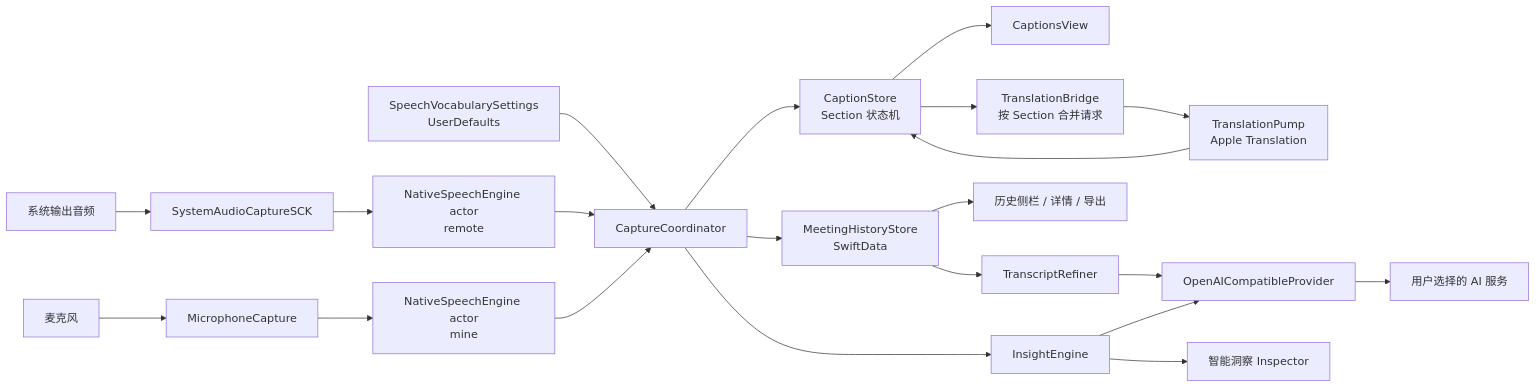
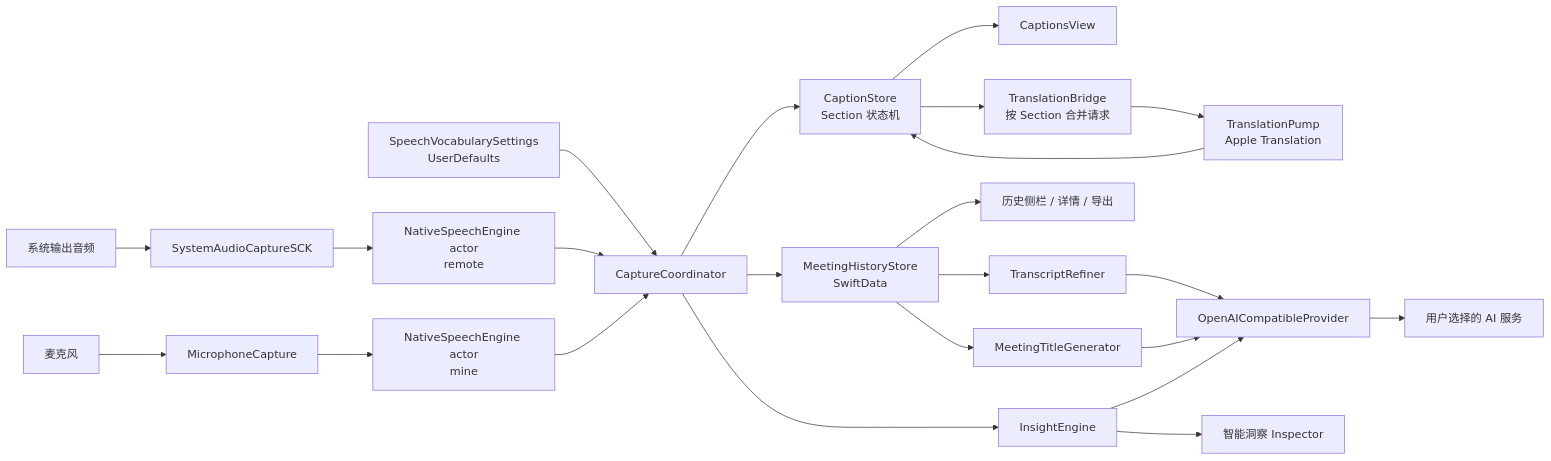
Before and after one commit to zjhch123/SameWave: the diagram in doc/01-项目全景与架构.md, drawn with Mermaid. The commit also changed other lines of this file and 25 other files, not shown here.

Commit message:
Add strict AI schemas and generated meeting titles

````diff
--- a/doc/01-项目全景与架构.md
+++ b/doc/01-项目全景与架构.md
@@ -50,23 +50,25 @@
 ```mermaid
 flowchart LR
     SYS[系统输出音频] --> SCK[SystemAudioCaptureSCK]
     MIC[麦克风] --> MC[MicrophoneCapture]
     VS[SpeechVocabularySettings\nUserDefaults] --> CO
     SCK --> ASR1[NativeSpeechEngine actor\nremote]
     MC --> ASR2[NativeSpeechEngine actor\nmine]
     ASR1 --> CO[CaptureCoordinator]
     ASR2 --> CO
     CO --> CS[CaptionStore\nSection 状态机]
     CS --> CV[CaptionsView]
     CS --> TB[TranslationBridge\n按 Section 合并请求]
     TB --> TP[TranslationPump\nApple Translation]
     TP --> CS
     CO --> HS[MeetingHistoryStore\nSwiftData]
     HS --> SIDE[历史侧栏 / 详情 / 导出]
     CO --> IE[InsightEngine]
     HS --> TR[TranscriptRefiner]
+    HS --> TG[MeetingTitleGenerator]
     IE --> OP[OpenAICompatibleProvider]
     TR --> OP
+    TG --> OP
     OP --> CLOUD[用户选择的 AI 服务]
     IE --> INS[智能洞察 Inspector]
 ```
````
